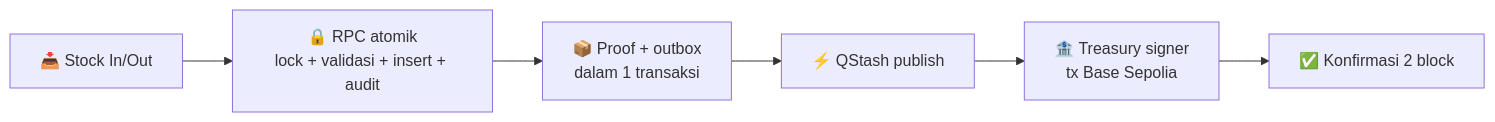
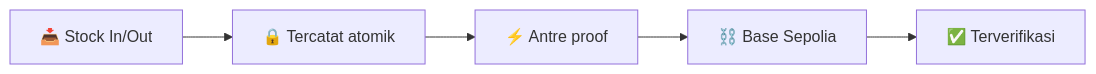
The diagram in README.md (hmwwans12-cpu/Chainventory), drawn with Mermaid before and after one commit. The commit also changed other lines of this file, not shown here.

````diff
--- a/README.md
+++ b/README.md
@@ -65,8 +28,4 @@
 ```mermaid
 flowchart LR
-    A[📥 Stock In/Out] --> B[🔒 RPC atomik<br/>lock + validasi + insert + audit]
-    B --> C[📦 Proof + outbox<br/>dalam 1 transaksi]
-    C --> D[⚡ QStash publish]
-    D --> E[🏦 Treasury signer<br/>tx Base Sepolia]
-    E --> F[✅ Konfirmasi 2 block]
+    A[📥 Stock In/Out] --> B[🔒 Tercatat atomik] --> C[⚡ Antre proof] --> D[⛓️ Base Sepolia] --> E[✅ Terverifikasi]
 ```
````
